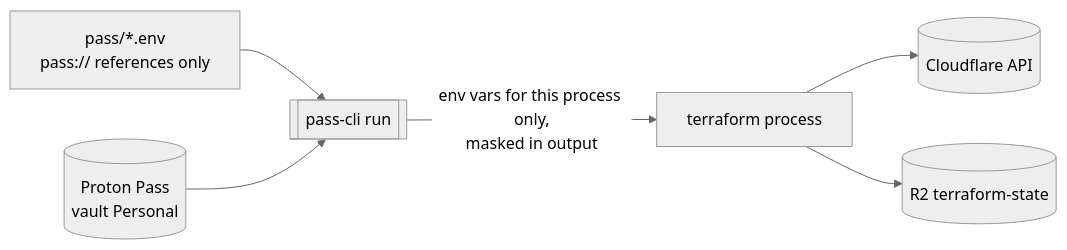
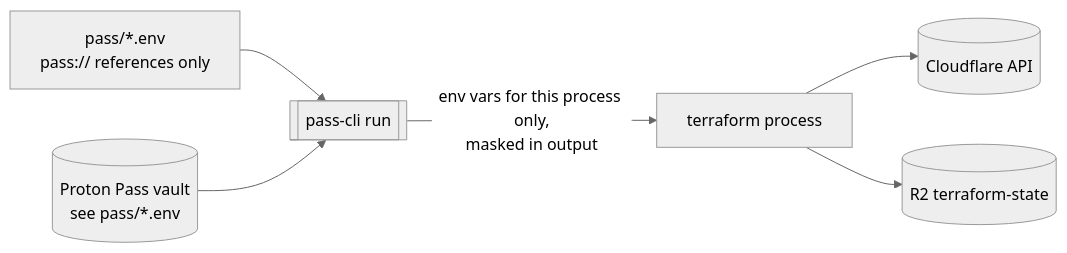
One commit to gsuquet/infra changed the first of 2 diagrams in landing-zone/cloudflare/README.md. Above: the diagram before and after it, drawn with Mermaid (neutral theme). The commit also changed other lines of this file and 12 other files, not shown here.

````diff
--- a/landing-zone/cloudflare/README.md
+++ b/landing-zone/cloudflare/README.md
@@ -30,14 +30,14 @@
 ```mermaid
 flowchart LR
-    pass[(Proton Pass<br/>vault Personal)]
+    pass[(Proton Pass vault<br/>see pass/*.env)]
     env[pass/*.env<br/>pass:// references only]
     run[[pass-cli run]]
     tf[terraform process]
     cf[(Cloudflare API)]
     r2[(R2 terraform-state)]
     env --> run
     pass --> run
     run -->|env vars for this process only,<br/>masked in output| tf
     tf --> cf
     tf --> r2
 ```
````
